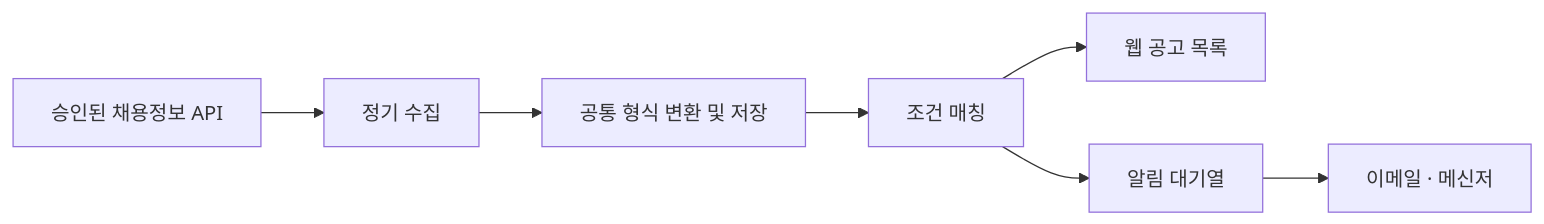
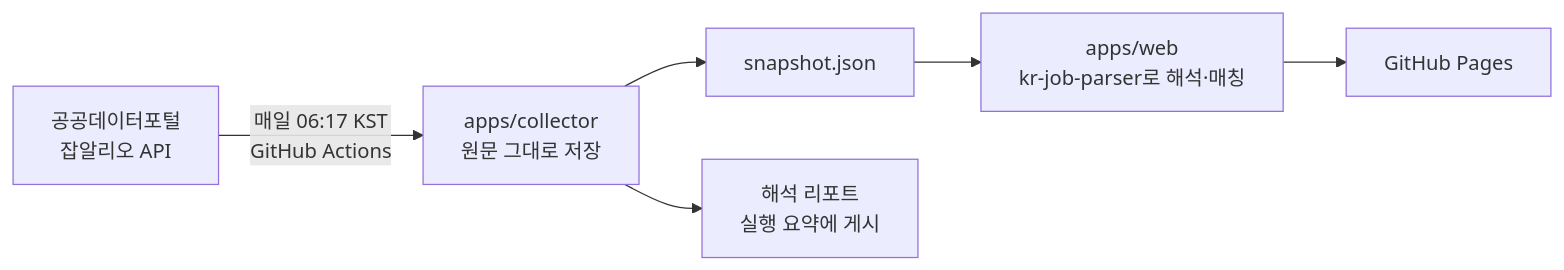
Before and after one commit to coddddin/job-alert-hub: the diagram in README.md, drawn with Mermaid. The commit also changed other lines of this file and 8 other files, not shown here.

````diff
--- a/README.md
+++ b/README.md
@@ -132,9 +37,8 @@
 ```mermaid
 flowchart LR
-    A[승인된 채용정보 API] --> B[정기 수집]
-    B --> C[공통 형식 변환 및 저장]
-    C --> D[조건 매칭]
-    D --> E[웹 공고 목록]
-    D --> F[알림 대기열]
-    F --> G[이메일 · 메신저]
+    A[공공데이터포털<br>잡알리오 API] -->|매일 06:17 KST<br>GitHub Actions| B[apps/collector<br>원문 그대로 저장]
+    B --> C[snapshot.json]
+    B --> R[해석 리포트<br>실행 요약에 게시]
+    C --> D[apps/web<br>kr-job-parser로 해석·매칭]
+    D --> E[GitHub Pages]
 ```
````
